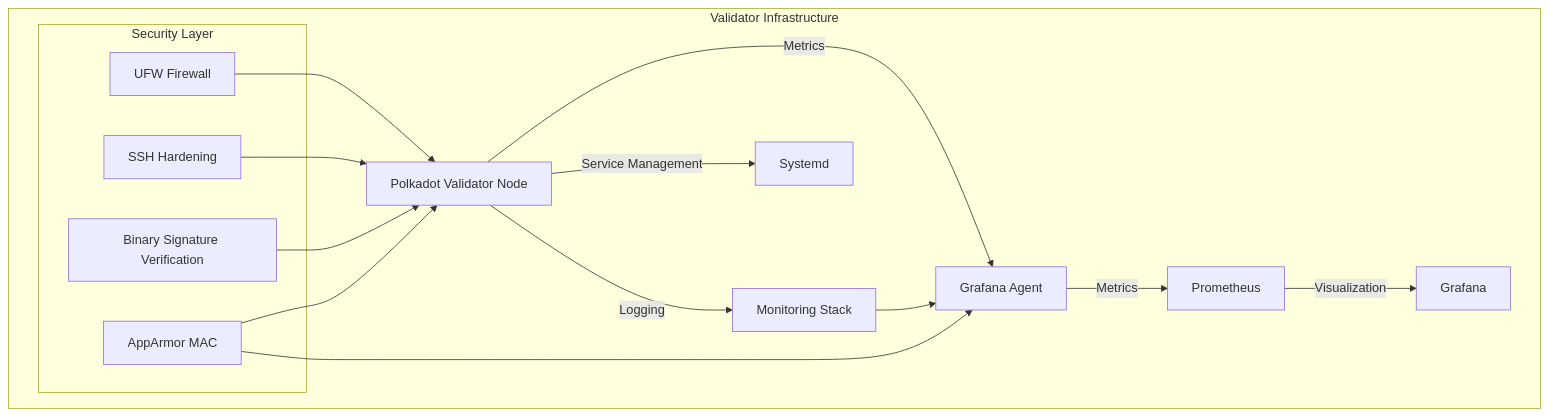
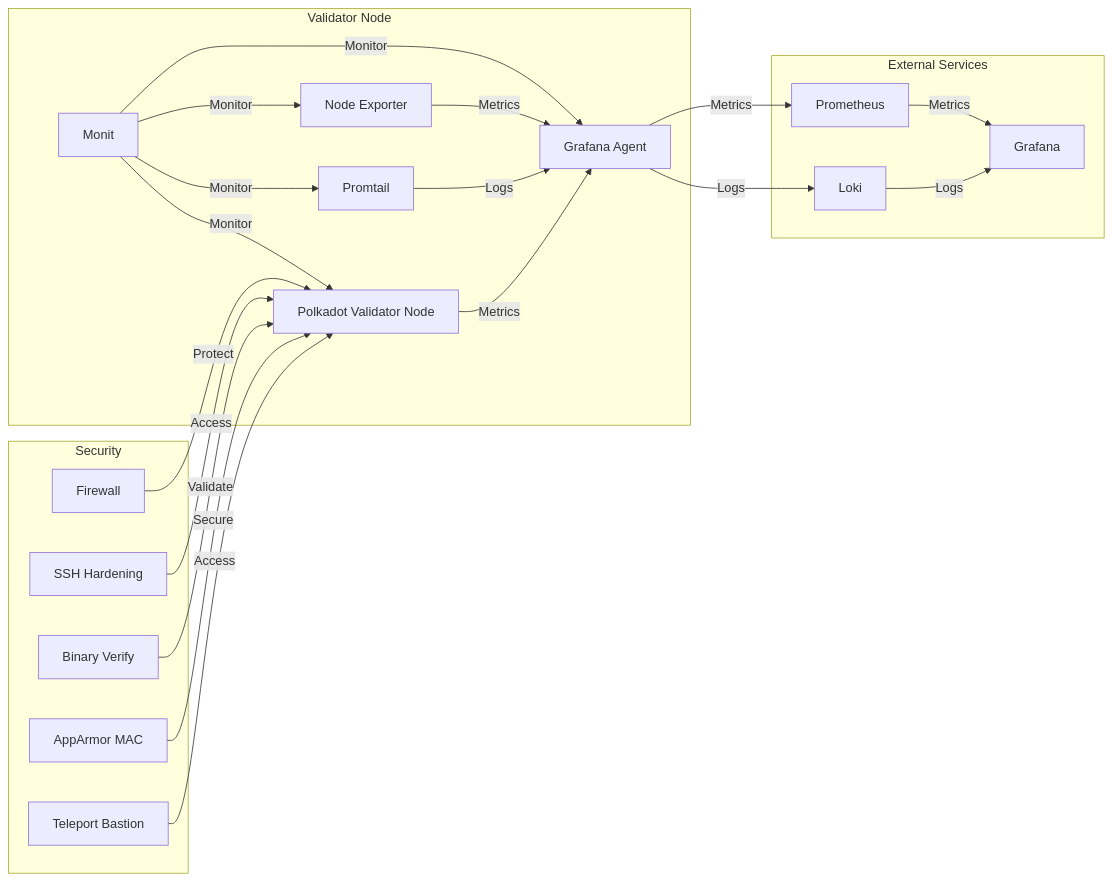
The first of 2 diagrams in README.md (pampatzoglou/provision-validators), drawn with Mermaid before and after one commit. The commit also changed other lines of this file and 2 other files, not shown here.

Commit message:
Setup docs (#1)
* update README files

````diff
--- a/README.md
+++ b/README.md
@@ -24,24 +24,41 @@
 ```mermaid
-graph TD
-    subgraph Validator Infrastructure
-        A[Polkadot Validator Node] --> |Metrics| B[Grafana Agent]
-        B --> |Metrics| C[Prometheus]
-        C --> |Visualization| D[Grafana]
-        A --> |Logging| E[Monitoring Stack]
-        A --> |Service Management| F[Systemd]
-        
-        subgraph Security Layer
-            G[UFW Firewall]
-            H[SSH Hardening]
-            I[Binary Signature Verification]
-            J[AppArmor MAC]
-        end
+graph LR
+    subgraph Security
+        H[Firewall]
+        I[SSH Hardening]
+        J[Binary Verify]
+        K[AppArmor MAC]
+        L[Teleport Bastion]
     end
 
-    E --> B
-    G --> A
-    H --> A
-    I --> A
-    J --> A
-    J --> B
+    subgraph External Services
+        E[Prometheus]
+        F[Loki]
+        G[Grafana]
+        E --> |Metrics| G
+        F --> |Logs| G
+    end
+
+    subgraph Validator Node
+        A[Polkadot Validator Node]
+        B[Node Exporter]
+        C[Grafana Agent]
+        D[Promtail]
+        M[Monit] --> |Monitor| C
+        M --> |Monitor| B
+        M --> |Monitor| D
+        M --> |Monitor| A
+    end
+
+    A --> |Metrics| C
+    B --> |Metrics| C
+    D --> |Logs| C
+    C --> |Metrics| E
+    C --> |Logs| F
+
+    H --> |Protect| A
+    I --> |Access| A
+    J --> |Validate| A
+    K --> |Secure| A
+    L --> |Access| A
 ```
````
